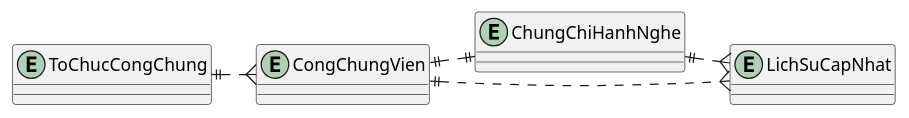
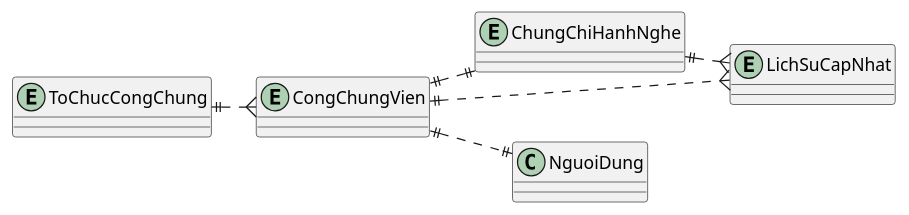
The diagram in ba/[NDS-E-00046] Quản lý thông tin công chứng viên/2.erd.puml (phuongpm23/nds-docs-test), drawn with PlantUML before and after one commit. The commit also changed 51 other files, not shown here.

```diff
--- a/ba/[NDS-E-00046] Quản lý thông tin công chứng viên/2.erd.puml
+++ b/ba/[NDS-E-00046] Quản lý thông tin công chứng viên/2.erd.puml
@@ -1,14 +1,15 @@
 @startuml erd
 !pragma layout smetana
 left to right direction
 entity CongChungVien
 entity ChungChiHanhNghe
 entity LichSuCapNhat
 entity ToChucCongChung
 
 CongChungVien ||..|| ChungChiHanhNghe
+CongChungVien ||..|| NguoiDung
 ToChucCongChung ||..{ CongChungVien
 CongChungVien ||..{ LichSuCapNhat
 ChungChiHanhNghe ||..{ LichSuCapNhat
 
 @enduml
```
